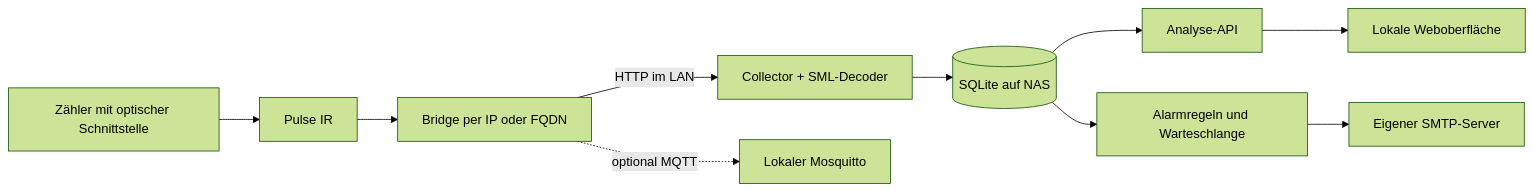
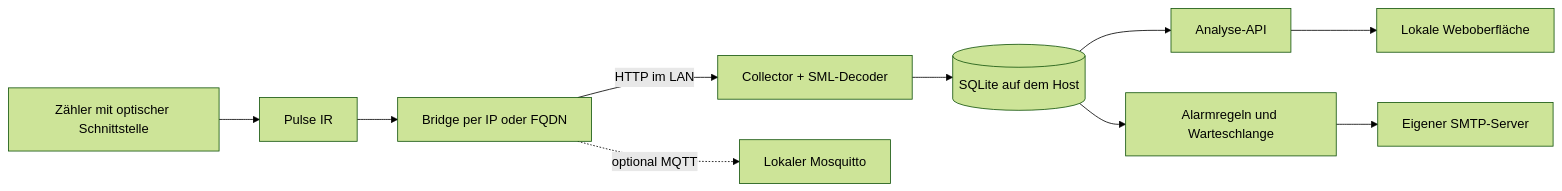
The diagram in docs/DATENMODELL.md (aemjay/Kilowatch), drawn with Mermaid (forest theme) before and after one commit. The commit also changed other lines of this file and 39 other files, not shown here.

````diff
--- a/docs/DATENMODELL.md
+++ b/docs/DATENMODELL.md
@@ -5,12 +5,12 @@
 ```mermaid
 flowchart LR
     Z[Zähler mit optischer Schnittstelle] --> P[Pulse IR]
     P --> B[Bridge per IP oder FQDN]
     B -->|HTTP im LAN| C[Collector + SML-Decoder]
-    C --> D[(SQLite auf NAS)]
+    C --> D[(SQLite auf dem Host)]
     D --> A[Analyse-API]
     A --> W[Lokale Weboberfläche]
     B -. optional MQTT .-> M[Lokaler Mosquitto]
     D --> N[Alarmregeln und Warteschlange]
     N --> E[Eigener SMTP-Server]
 ```
````
